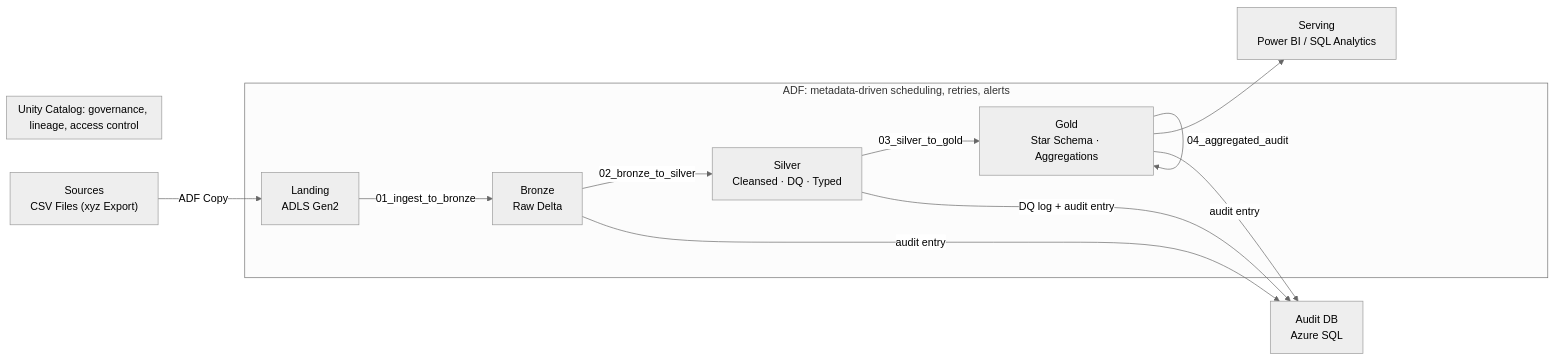
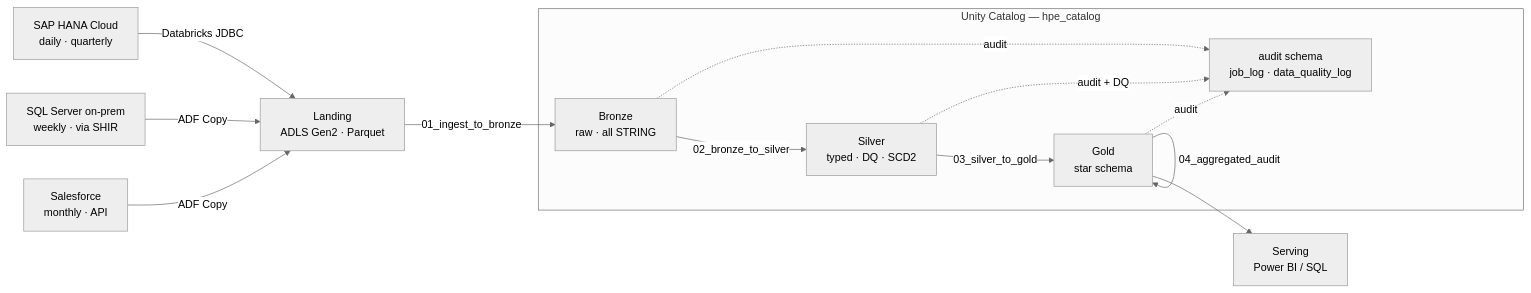
Before and after one commit to vinayaksdesai777/azure-forecast-project: the diagram in README.md, drawn with Mermaid (neutral theme). The commit also changed other lines of this file, not shown here.

First line of the commit message:
Rewrite README for the current architecture

````diff
--- a/README.md
+++ b/README.md
@@ -26,34 +24,34 @@
 ```mermaid
 flowchart LR
-    SRC["Sources\nCSV Files (xyz Export)"]
-    LND["Landing\nADLS Gen2"]
-    BRZ["Bronze\nRaw Delta"]
-    SLV["Silver\nCleansed · DQ · Typed"]
-    GLD["Gold\nStar Schema · Aggregations"]
-    AUD["Audit DB\nAzure SQL"]
-    BI["Serving\nPower BI / SQL Analytics"]
+    HANA["SAP HANA Cloud<br/>daily · quarterly"]
+    MSSQL["SQL Server on-prem<br/>weekly · via SHIR"]
+    SFDC["Salesforce<br/>monthly · API"]
 
-    SRC -->|ADF Copy| LND
+    LND["Landing<br/>ADLS Gen2 · Parquet"]
+    BRZ["Bronze<br/>raw · all STRING"]
+    SLV["Silver<br/>typed · DQ · SCD2"]
+    GLD["Gold<br/>star schema"]
+    AUD["audit schema<br/>job_log · data_quality_log"]
+    BI["Serving<br/>Power BI / SQL"]
+
+    HANA -->|Databricks JDBC| LND
+    MSSQL -->|ADF Copy| LND
+    SFDC -->|ADF Copy| LND
+
     LND -->|01_ingest_to_bronze| BRZ
     BRZ -->|02_bronze_to_silver| SLV
     SLV -->|03_silver_to_gold| GLD
     GLD -->|04_aggregated_audit| GLD
     GLD --> BI
 
-    BRZ -->|audit entry| AUD
-    SLV -->|DQ log + audit entry| AUD
-    GLD -->|audit entry| AUD
+    BRZ -.audit.-> AUD
+    SLV -.audit + DQ.-> AUD
+    GLD -.audit.-> AUD
 
-    subgraph ORCH ["ADF: metadata-driven scheduling, retries, alerts"]
-        LND
+    subgraph UC ["Unity Catalog — hpe_catalog"]
         BRZ
         SLV
         GLD
-    end
-
-    subgraph GOV ["Unity Catalog: governance, lineage, access control"]
-        BRZ
-        SLV
-        GLD
+        AUD
     end
 ```
````
